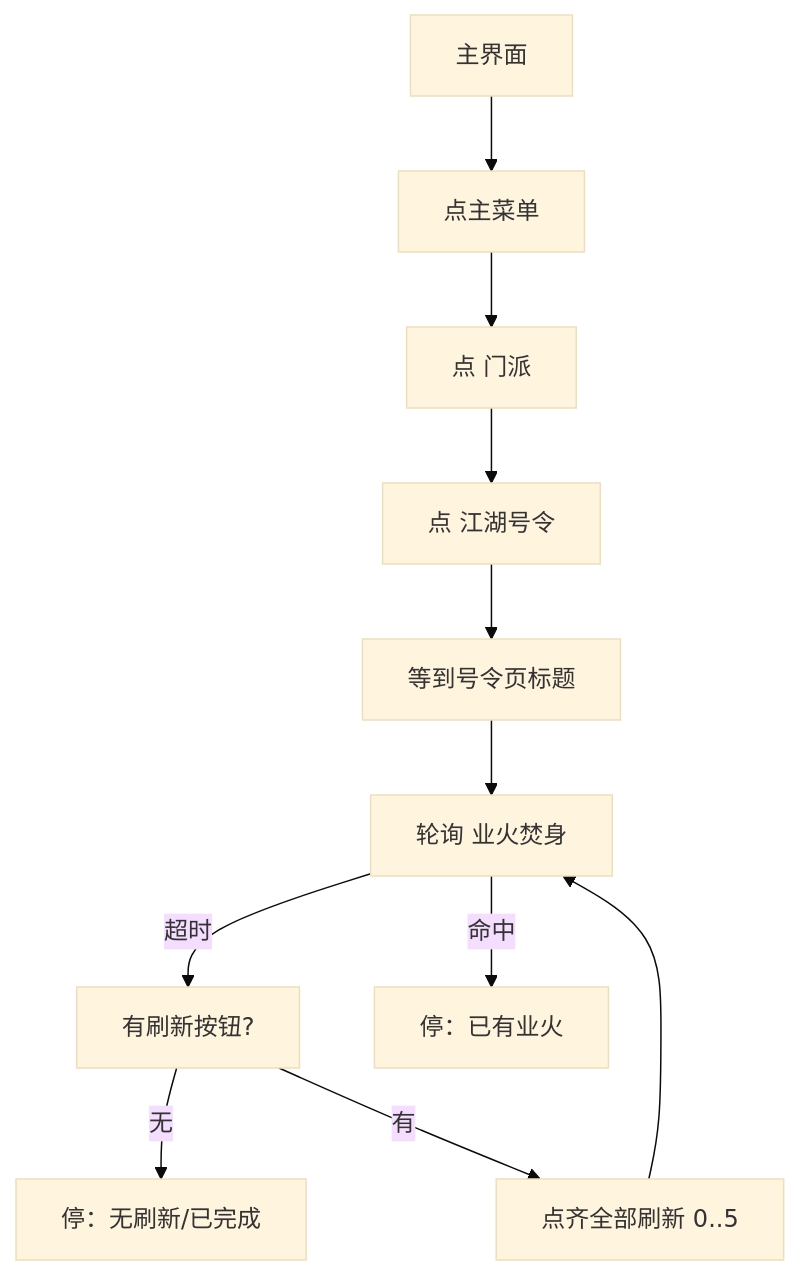
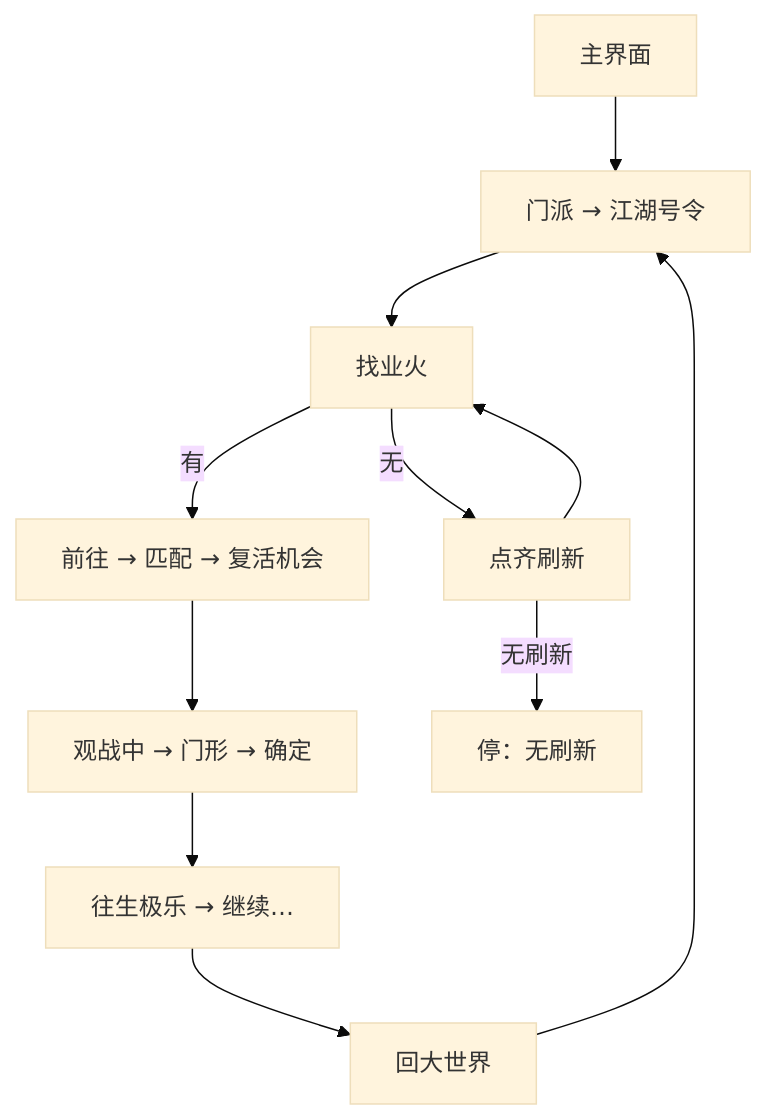
The diagram in docs/zh_cn/tasks/每日号令.md (82488059/MAAYY), drawn with Mermaid (base theme) before and after one commit. The commit also changed other lines of this file and 5 other files, not shown here.

````diff
--- a/docs/zh_cn/tasks/每日号令.md
+++ b/docs/zh_cn/tasks/每日号令.md
@@ -36,18 +26,16 @@
 ```mermaid
 flowchart TD
   main["主界面"]
-  menu["点主菜单"]
-  sect["点 门派"]
-  order["点 江湖号令"]
-  title["等到号令页标题"]
-  find["轮询 业火焚身"]
-  check["有刷新按钮?"]
-  all["点齐全部刷新 0..5"]
-  doneYe["停：已有业火"]
-  doneOk["停：无刷新/已完成"]
-  main --> menu --> sect --> order --> title --> find
-  find -->|命中| doneYe
-  find -->|超时| check
-  check -->|无| doneOk
-  check -->|有| all --> find
+  order["门派 → 江湖号令"]
+  find["找业火"]
+  refresh["点齐刷新"]
+  match["前往 → 匹配 → 复活机会"]
+  exit["观战中 → 门形 → 确定"]
+  settle["往生极乐 → 继续…"]
+  world["回大世界"]
+  done["停：无刷新"]
+  main --> order --> find
+  find -->|无| refresh --> find
+  refresh -->|无刷新| done
+  find -->|有| match --> exit --> settle --> world --> order
 ```
````
